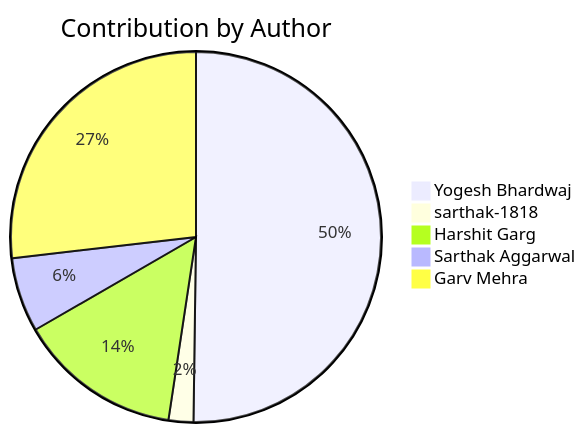
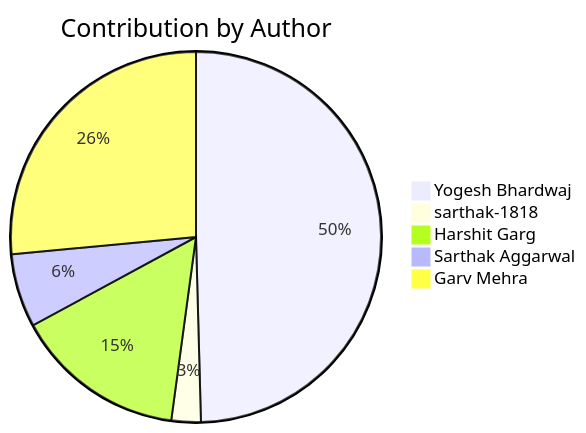
One commit to Yogesh-Bhardwaj-hue/Scm-Final_2.0 changed the second of 2 diagrams in README.md. Above: the diagram before and after it, drawn with Mermaid. The commit also changed other lines of this file, not shown here.

Commit message:
Update contribution charts

````diff
--- a/README.md
+++ b/README.md
@@ -190,8 +190,8 @@
 ```mermaid
 pie title Contribution by Author
     "Yogesh Bhardwaj": 116
-    "sarthak-1818": 5
-    "Harshit Garg": 33
+    "sarthak-1818": 6
+    "Harshit Garg": 35
     "Sarthak Aggarwal": 15
     "Garv Mehra": 62
 ```
````
